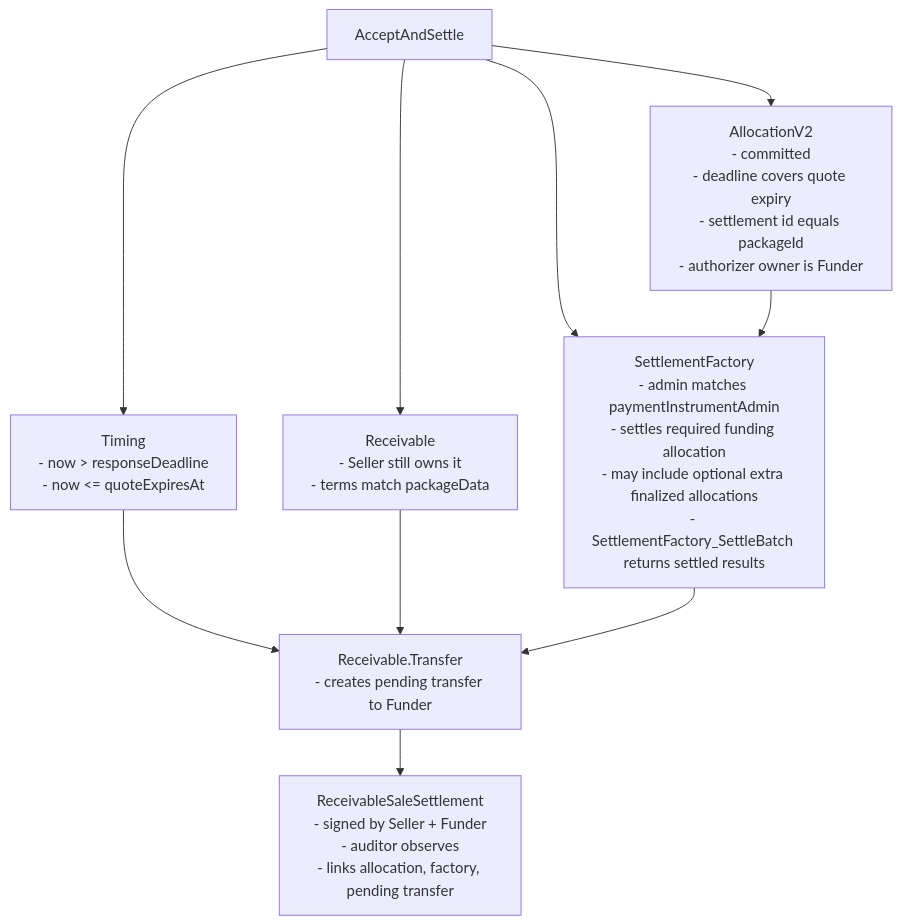
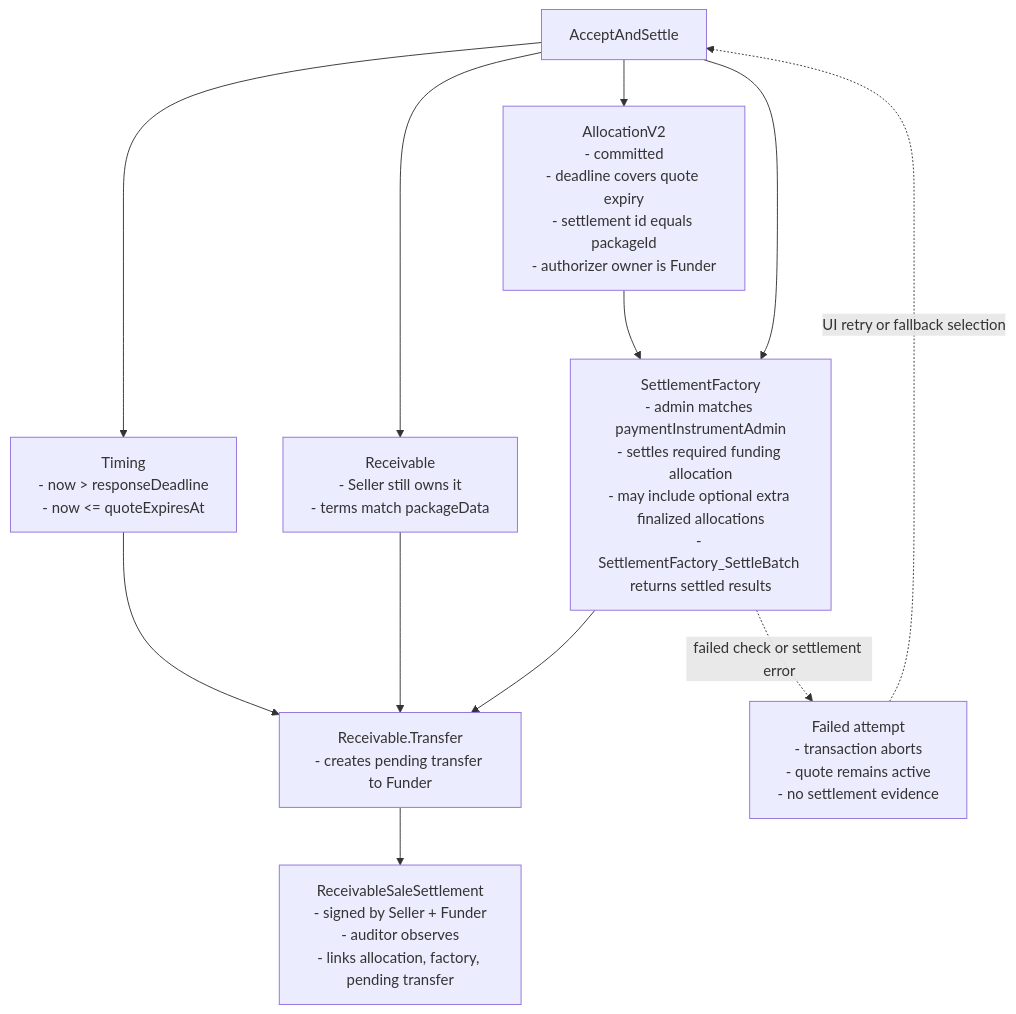
Before and after one commit to no-witness-labs/canton-hackathon-cloakRFQ: the seventh of 10 diagrams in docs/technical-design/005-workflow-diagrams.md, drawn with Mermaid. The commit also changed other lines of this file and 3 other files, not shown here.

Commit message:
test(ledger): cover failed settlement fallback

````diff
--- a/docs/technical-design/005-workflow-diagrams.md
+++ b/docs/technical-design/005-workflow-diagrams.md
@@ -157,21 +165,24 @@
 ```mermaid
 flowchart TD
     Accept["AcceptAndSettle"]
 
     Time["Timing<br/>- now > responseDeadline<br/>- now <= quoteExpiresAt"]
     Rcv["Receivable<br/>- Seller still owns it<br/>- terms match packageData"]
     Alloc["AllocationV2<br/>- committed<br/>- deadline covers quote expiry<br/>- settlement id equals packageId<br/>- authorizer owner is Funder"]
     Factory["SettlementFactory<br/>- admin matches paymentInstrumentAdmin<br/>- settles required funding allocation<br/>- may include optional extra finalized allocations<br/>- SettlementFactory_SettleBatch returns settled results"]
+    Rollback["Failed attempt<br/>- transaction aborts<br/>- quote remains active<br/>- no settlement evidence"]
     Transfer["Receivable.Transfer<br/>- creates pending transfer to Funder"]
     Evidence["ReceivableSaleSettlement<br/>- signed by Seller + Funder<br/>- auditor observes<br/>- links allocation, factory, pending transfer"]
 
     Accept --> Time
     Accept --> Rcv
     Accept --> Alloc
     Accept --> Factory
     Time --> Transfer
     Rcv --> Transfer
     Alloc --> Factory
     Factory --> Transfer
+    Factory -. failed check or settlement error .-> Rollback
+    Rollback -. UI retry or fallback selection .-> Accept
     Transfer --> Evidence
 ```
````
